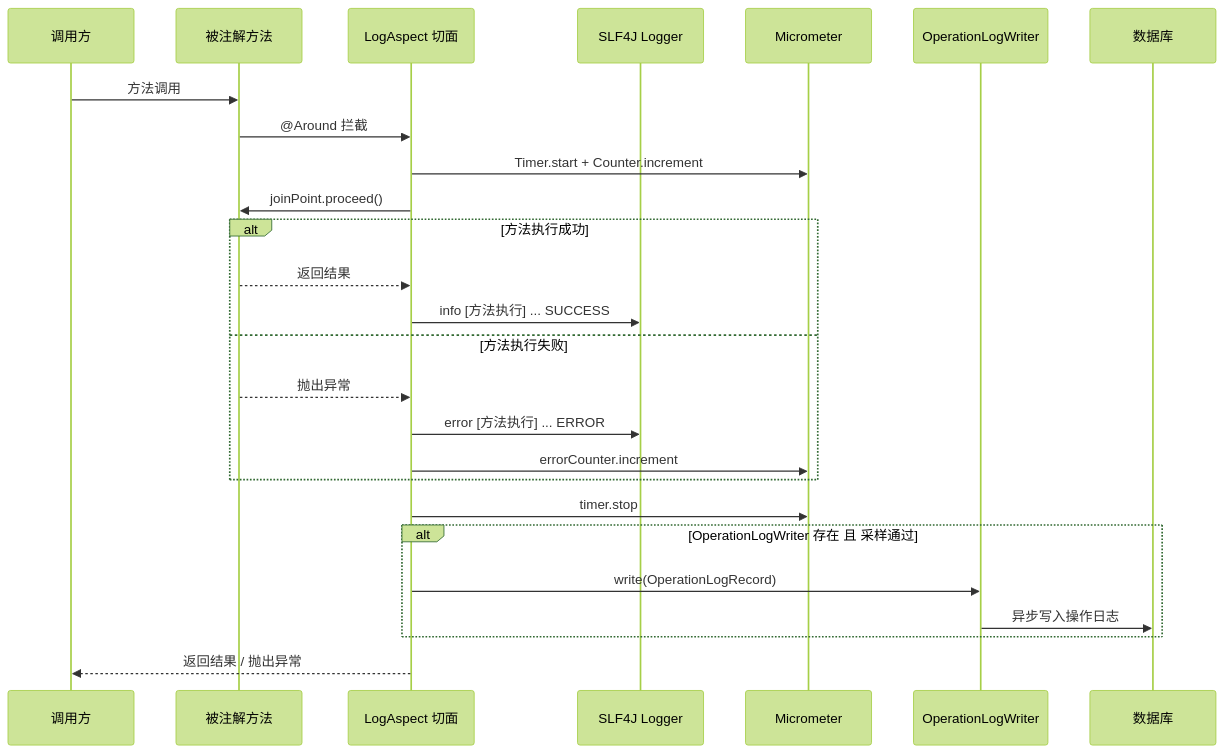
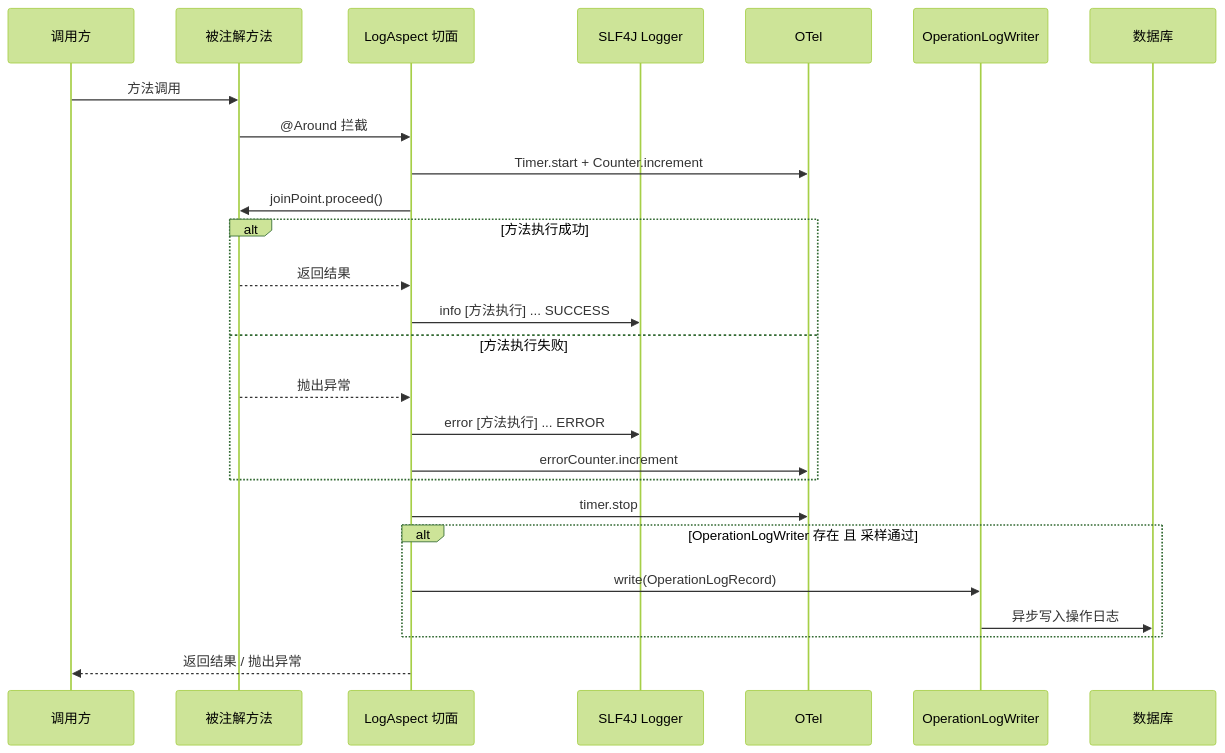
The first of 2 diagrams in docs/modules/operation-log.md (LeoNardo-LB/web-quick-start-light), drawn with Mermaid (forest theme) before and after one commit. The commit also changed other lines of this file and 26 other files, not shown here.

First line of the commit message:
docs: 修复 27 个文件的大规模文档漂移（ScopedThreadContext→BizContext、Micrometer→OTel、middleware→component）

````diff
--- a/docs/modules/operation-log.md
+++ b/docs/modules/operation-log.md
@@ -32,33 +32,33 @@
 ```mermaid
 sequenceDiagram
     participant Client as 调用方
     participant Target as 被注解方法
     participant LogAspect as LogAspect 切面
     participant Logger as SLF4J Logger
-    participant Metrics as Micrometer
+    participant Metrics as OTel
     participant Writer as OperationLogWriter
     participant DB as 数据库
 
     Client->>Target: 方法调用
     Target->>LogAspect: @Around 拦截
     LogAspect->>Metrics: Timer.start + Counter.increment
     LogAspect->>Target: joinPoint.proceed()
 
     alt 方法执行成功
         Target-->>LogAspect: 返回结果
         LogAspect->>Logger: info [方法执行] ... SUCCESS
     else 方法执行失败
         Target-->>LogAspect: 抛出异常
         LogAspect->>Logger: error [方法执行] ... ERROR
         LogAspect->>Metrics: errorCounter.increment
     end
 
     LogAspect->>Metrics: timer.stop
 
     alt OperationLogWriter 存在 且 采样通过
         LogAspect->>Writer: write(OperationLogRecord)
         Writer->>DB: 异步写入操作日志
     end
 
     LogAspect-->>Client: 返回结果 / 抛出异常
 ```
````
